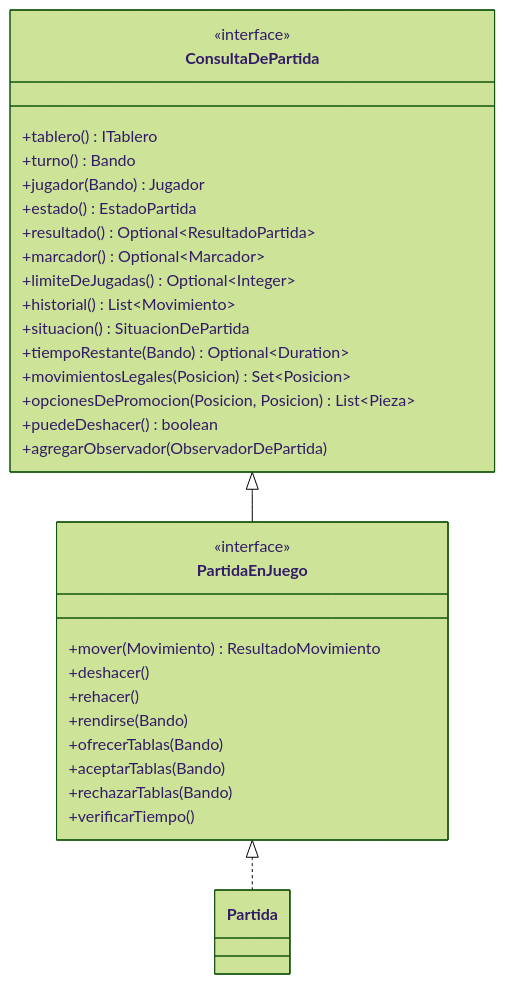
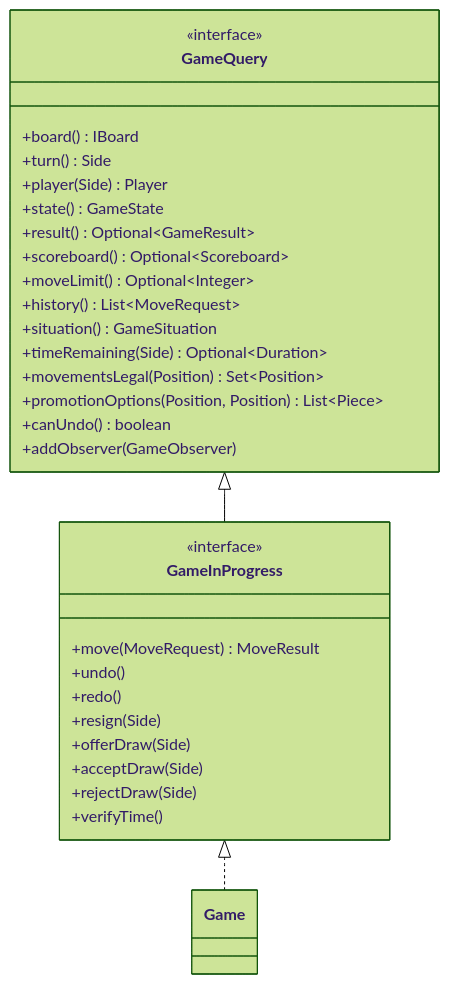
One commit to JoaquinIgnacioCampos/Chiquichess changed the second of 4 diagrams in docs/uml/05-partida.md. Above: the diagram before and after it, drawn with Mermaid (forest theme). The commit also changed other lines of this file and 12 other files, not shown here.

First line of the commit message:
Actualiza el UML al código en inglés y suma las clases nuevas

````diff
--- a/docs/uml/05-partida.md
+++ b/docs/uml/05-partida.md
@@ -140,37 +140,37 @@
 ```mermaid
 classDiagram
     direction TB
 
-    class ConsultaDePartida {
+    class GameQuery {
         <<interface>>
-        +tablero() ITablero
-        +turno() Bando
-        +jugador(Bando) Jugador
-        +estado() EstadoPartida
-        +resultado() Optional~ResultadoPartida~
-        +marcador() Optional~Marcador~
-        +limiteDeJugadas() Optional~Integer~
-        +historial() List~Movimiento~
-        +situacion() SituacionDePartida
-        +tiempoRestante(Bando) Optional~Duration~
-        +movimientosLegales(Posicion) Set~Posicion~
-        +opcionesDePromocion(Posicion, Posicion) List~Pieza~
-        +puedeDeshacer() boolean
-        +agregarObservador(ObservadorDePartida)
+        +board() IBoard
+        +turn() Side
+        +player(Side) Player
+        +state() GameState
+        +result() Optional~GameResult~
+        +scoreboard() Optional~Scoreboard~
+        +moveLimit() Optional~Integer~
+        +history() List~MoveRequest~
+        +situation() GameSituation
+        +timeRemaining(Side) Optional~Duration~
+        +movementsLegal(Position) Set~Position~
+        +promotionOptions(Position, Position) List~Piece~
+        +canUndo() boolean
+        +addObserver(GameObserver)
     }
-    class PartidaEnJuego {
+    class GameInProgress {
         <<interface>>
-        +mover(Movimiento) ResultadoMovimiento
-        +deshacer()
-        +rehacer()
-        +rendirse(Bando)
-        +ofrecerTablas(Bando)
-        +aceptarTablas(Bando)
-        +rechazarTablas(Bando)
-        +verificarTiempo()
+        +move(MoveRequest) MoveResult
+        +undo()
+        +redo()
+        +resign(Side)
+        +offerDraw(Side)
+        +acceptDraw(Side)
+        +rejectDraw(Side)
+        +verifyTime()
     }
-    class Partida
+    class Game
 
-    ConsultaDePartida <|-- PartidaEnJuego
-    PartidaEnJuego <|.. Partida
+    GameQuery <|-- GameInProgress
+    GameInProgress <|.. Game
 ```
````
